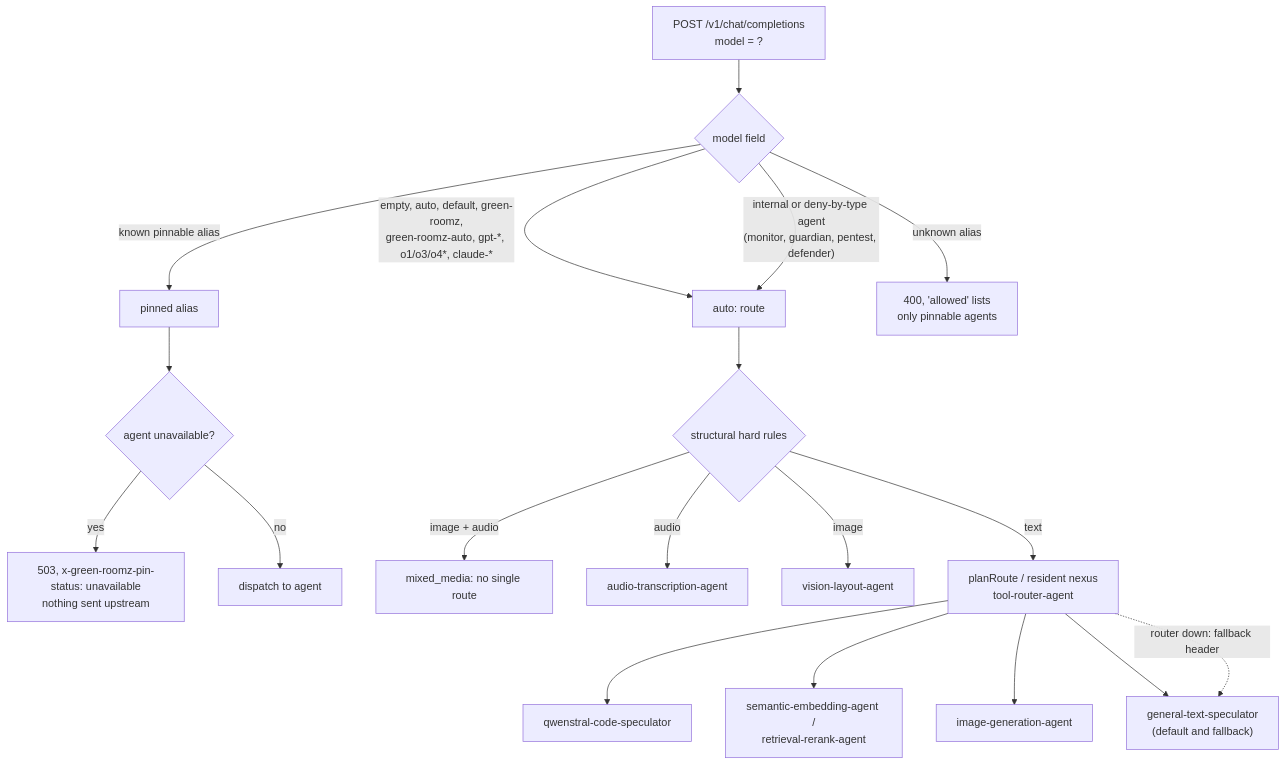
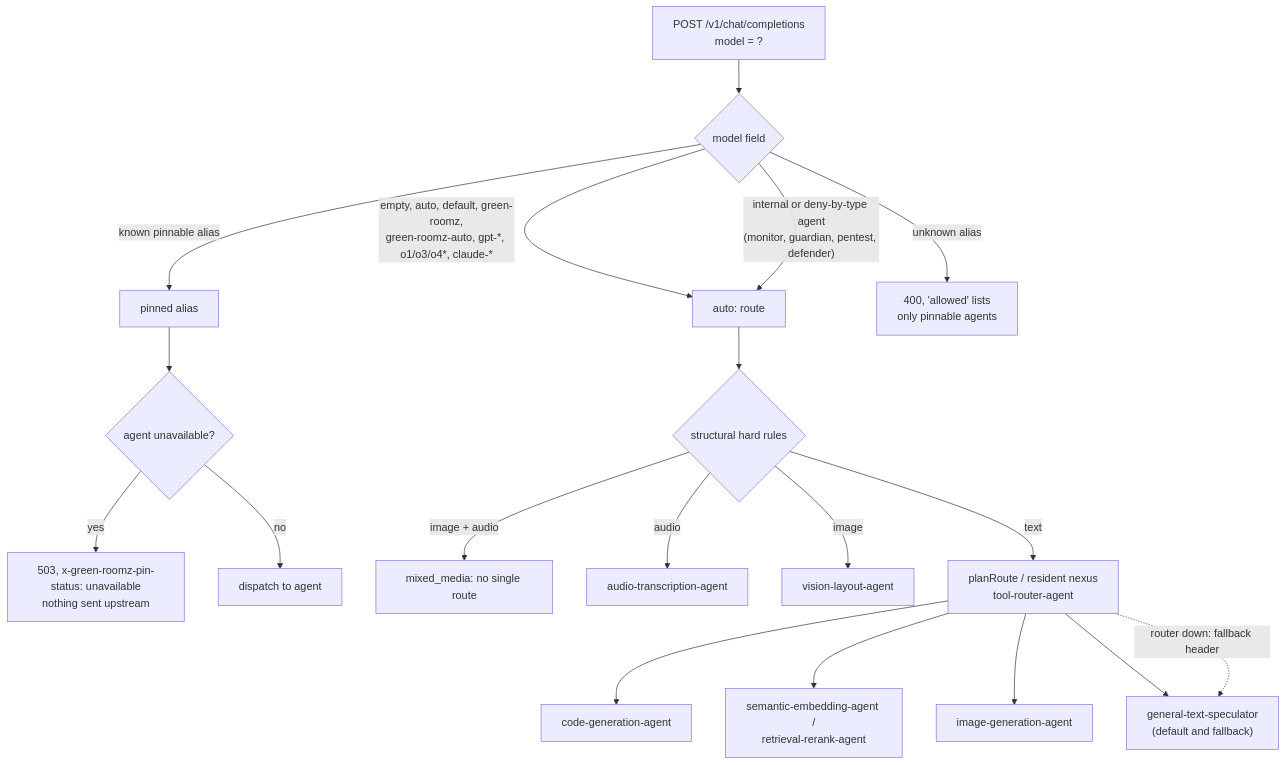
One commit to brianreborn/green-roomz changed the second of 6 diagrams in README.md. Above: the diagram before and after it, drawn with Mermaid. The commit also changed 64 other files, not shown here.

````diff
--- a/README.md
+++ b/README.md
@@ -119,21 +119,21 @@
 ```mermaid
 flowchart TD
   req["POST /v1/chat/completions<br/>model = ?"] --> m{"model field"}
   m -->|"empty, auto, default, green-roomz,<br/>green-roomz-auto, gpt-*, o1/o3/o4*, claude-*"| auto["auto: route"]
   m -->|"known pinnable alias"| pin["pinned alias"]
   m -->|"internal or deny-by-type agent<br/>(monitor, guardian, pentest, defender)"| auto
   m -->|"unknown alias"| e400["400, 'allowed' lists<br/>only pinnable agents"]
   pin --> up{"agent unavailable?"}
   up -->|yes| e503["503, x-green-roomz-pin-status: unavailable<br/>nothing sent upstream"]
   up -->|no| go["dispatch to agent"]
   auto --> hard{"structural hard rules"}
   hard -->|"image + audio"| mixed["mixed_media: no single route"]
   hard -->|audio| asr["audio-transcription-agent"]
   hard -->|image| vis["vision-layout-agent"]
   hard -->|text| plan["planRoute / resident nexus<br/>tool-router-agent"]
-  plan --> code["qwenstral-code-speculator"]
+  plan --> code["code-generation-agent"]
   plan --> emb["semantic-embedding-agent /<br/>retrieval-rerank-agent"]
   plan --> img["image-generation-agent"]
   plan --> gen["general-text-speculator<br/>(default and fallback)"]
   plan -.->|"router down: fallback header"| gen
 ```
````
